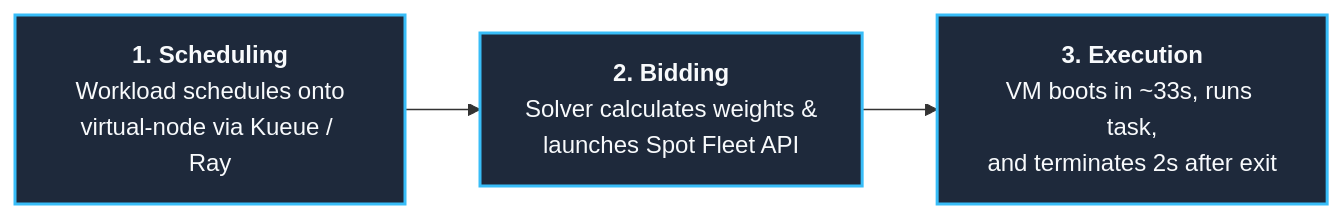
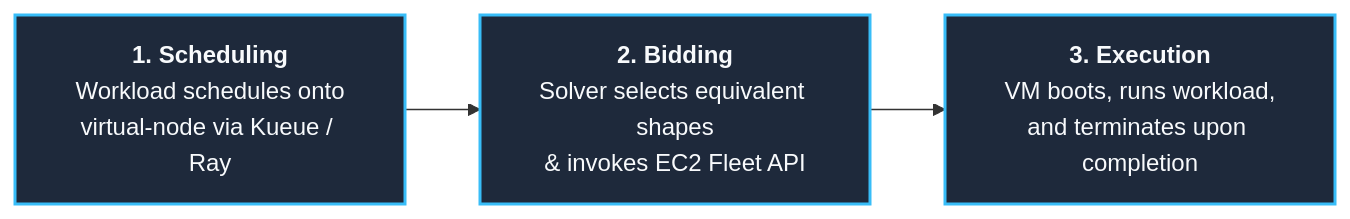
Before and after one commit to simonepri/interlink-cloudvm-plugin: the second of 9 diagrams in readme.md, drawn with Mermaid. The commit also changed other lines of this file and 15 other files, not shown here.

Commit message:
refactor: align 1:1 pod VM model, fix fleet token & status reporting, add ticker chart, and polish docs

````diff
--- a/readme.md
+++ b/readme.md
@@ -92,8 +91,8 @@
 ```mermaid
 flowchart LR
     classDef stage fill:#1E293B,stroke:#38BDF8,stroke-width:2px,color:#F8FAFC
 
     S1["<b>1. Scheduling</b><br>Workload schedules onto<br>virtual-node via Kueue / Ray"]:::stage
-    --> S2["<b>2. Bidding</b><br>Solver calculates weights &<br>launches Spot Fleet API"]:::stage
-    --> S3["<b>3. Execution</b><br>VM boots in ~33s, runs task,<br>and terminates 2s after exit"]:::stage
+    --> S2["<b>2. Bidding</b><br>Solver selects equivalent shapes<br>& invokes EC2 Fleet API"]:::stage
+    --> S3["<b>3. Execution</b><br>VM boots, runs workload,<br>and terminates upon completion"]:::stage
 ```
````
